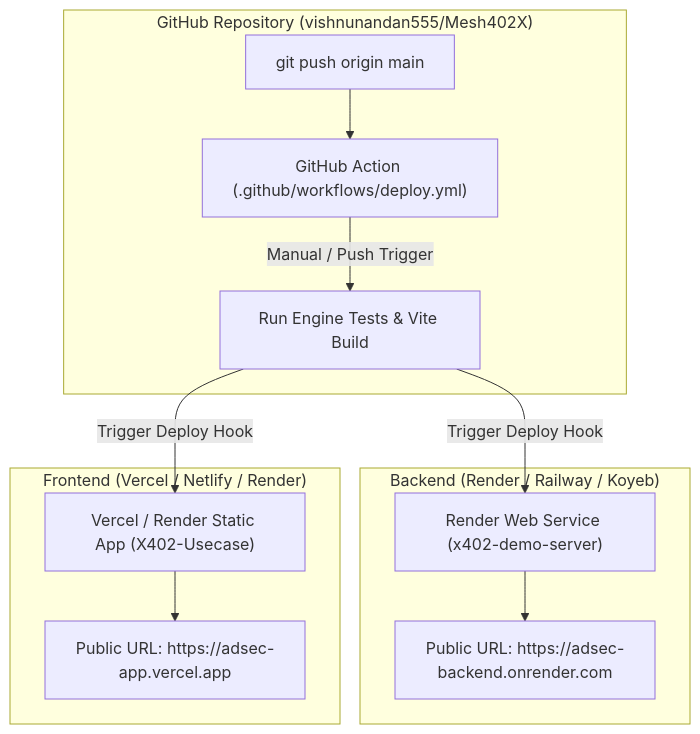
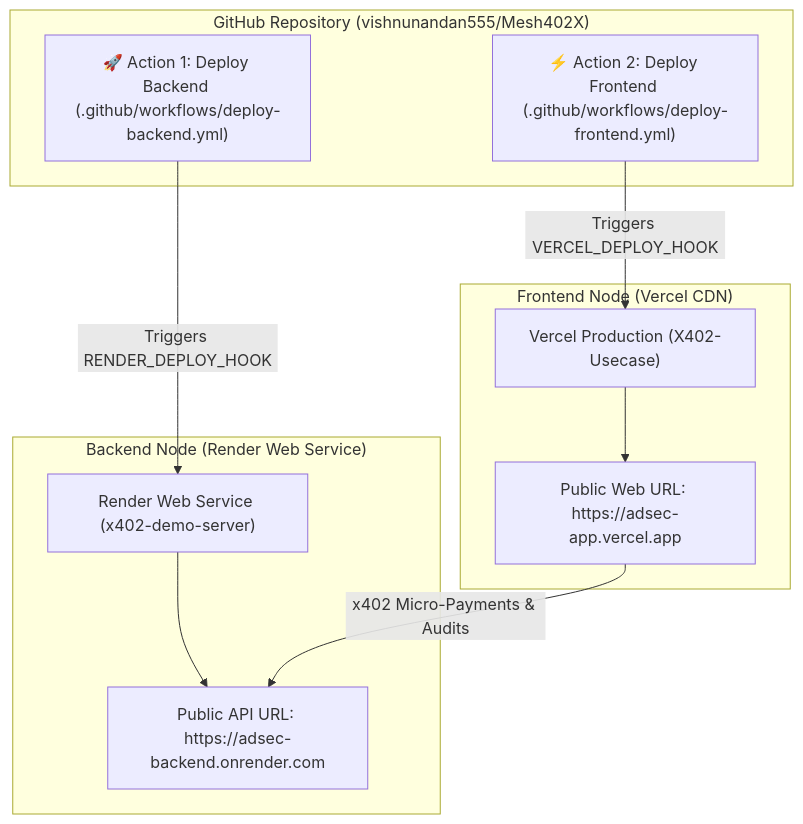
The diagram in HOSTING_GUIDE.md (vishnunandan555/Mesh402X), drawn with Mermaid before and after one commit. The commit also changed other lines of this file and 4 other files, not shown here.

Commit message:
ci: split into 2 separate workflows for Render backend and Vercel frontend

````diff
--- a/HOSTING_GUIDE.md
+++ b/HOSTING_GUIDE.md
@@ -9,17 +12,19 @@
 ```mermaid
 flowchart TD
     subgraph GitHub["GitHub Repository (vishnunandan555/Mesh402X)"]
-        A["git push origin main"] --> B["GitHub Action (.github/workflows/deploy.yml)"]
-        B -->|Manual / Push Trigger| C["Run Engine Tests & Vite Build"]
+        A["🚀 Action 1: Deploy Backend (.github/workflows/deploy-backend.yml)"]
+        B["⚡ Action 2: Deploy Frontend (.github/workflows/deploy-frontend.yml)"]
     end
 
-    subgraph BackendHost["Backend (Render / Railway / Koyeb)"]
-        C -->|Trigger Deploy Hook| D["Render Web Service (x402-demo-server)"]
-        D --> E["Public URL: https://adsec-backend.onrender.com"]
+    subgraph RenderHost["Backend Node (Render Web Service)"]
+        A -->|Triggers RENDER_DEPLOY_HOOK| C["Render Web Service (x402-demo-server)"]
+        C --> D["Public API URL: https://adsec-backend.onrender.com"]
     end
 
-    subgraph FrontendHost["Frontend (Vercel / Netlify / Render)"]
-        C -->|Trigger Deploy Hook| F["Vercel / Render Static App (X402-Usecase)"]
-        F --> G["Public URL: https://adsec-app.vercel.app"]
+    subgraph VercelHost["Frontend Node (Vercel CDN)"]
+        B -->|Triggers VERCEL_DEPLOY_HOOK| E["Vercel Production (X402-Usecase)"]
+        E --> F["Public Web URL: https://adsec-app.vercel.app"]
     end
+
+    F -->|x402 Micro-Payments & Audits| D
 ```
````
